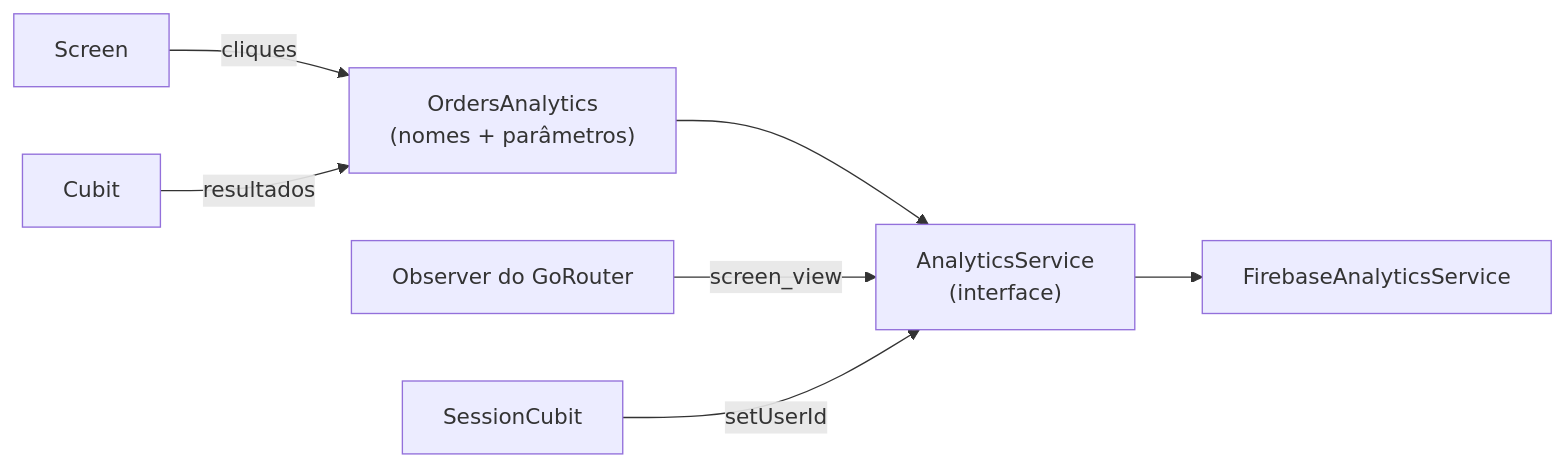
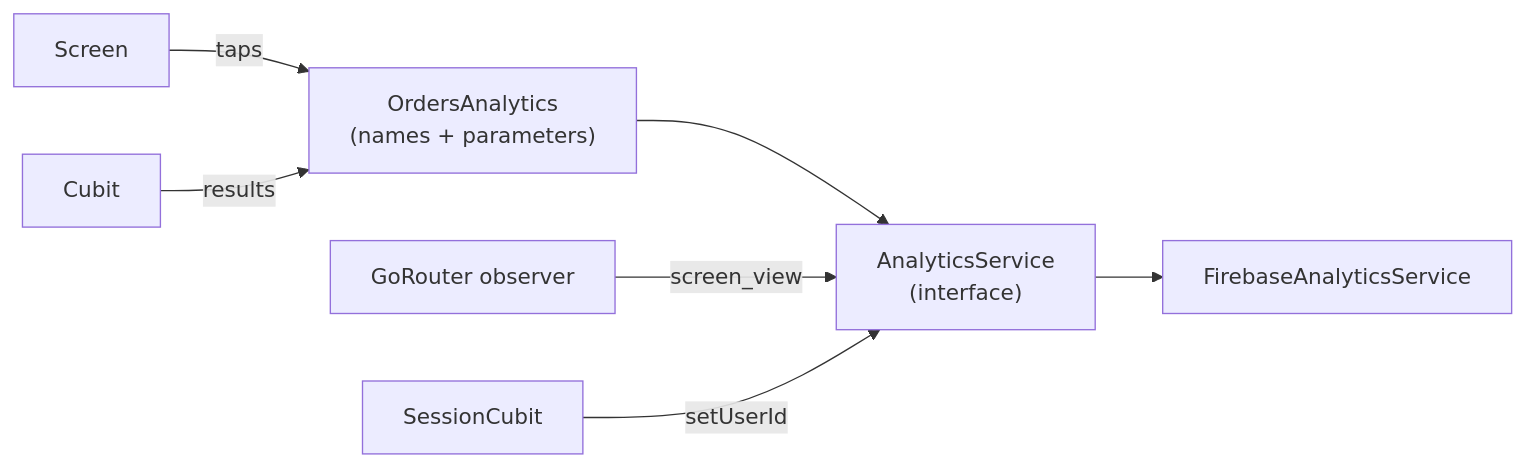
The diagram in skills/flutter-guidelines/guide/06-analytics.md (kirsteinsnet/flutter-agents), drawn with Mermaid before and after one commit. The commit also changed other lines of this file and 22 other files, not shown here.

````diff
--- a/skills/flutter-guidelines/guide/06-analytics.md
+++ b/skills/flutter-guidelines/guide/06-analytics.md
@@ -11,9 +11,9 @@
 ```mermaid
 flowchart LR
-    Screen -->|cliques| FA["OrdersAnalytics\n(nomes + parâmetros)"]
-    Cubit -->|resultados| FA
+    Screen -->|taps| FA["OrdersAnalytics\n(names + parameters)"]
+    Cubit -->|results| FA
     FA --> AS["AnalyticsService\n(interface)"]
     AS --> FB["FirebaseAnalyticsService"]
-    Router["Observer do GoRouter"] -->|screen_view| AS
+    Router["GoRouter observer"] -->|screen_view| AS
     Session["SessionCubit"] -->|setUserId| AS
 ```
````
